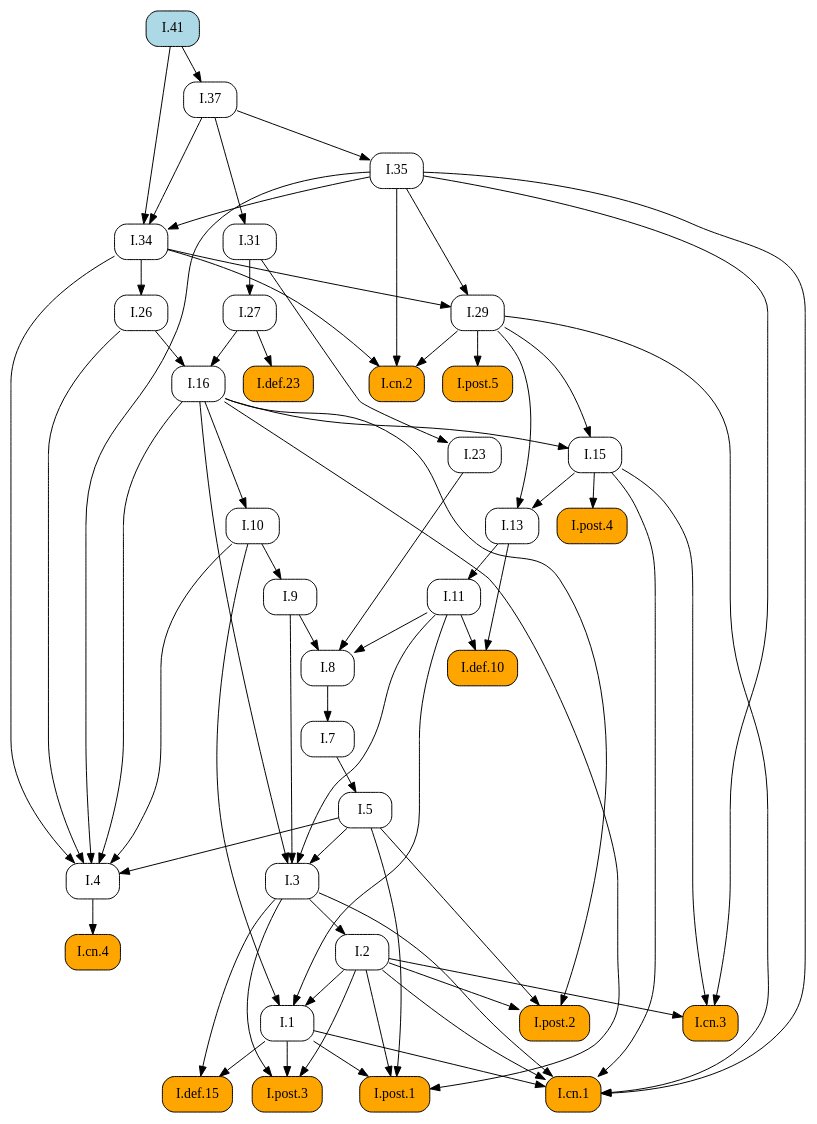
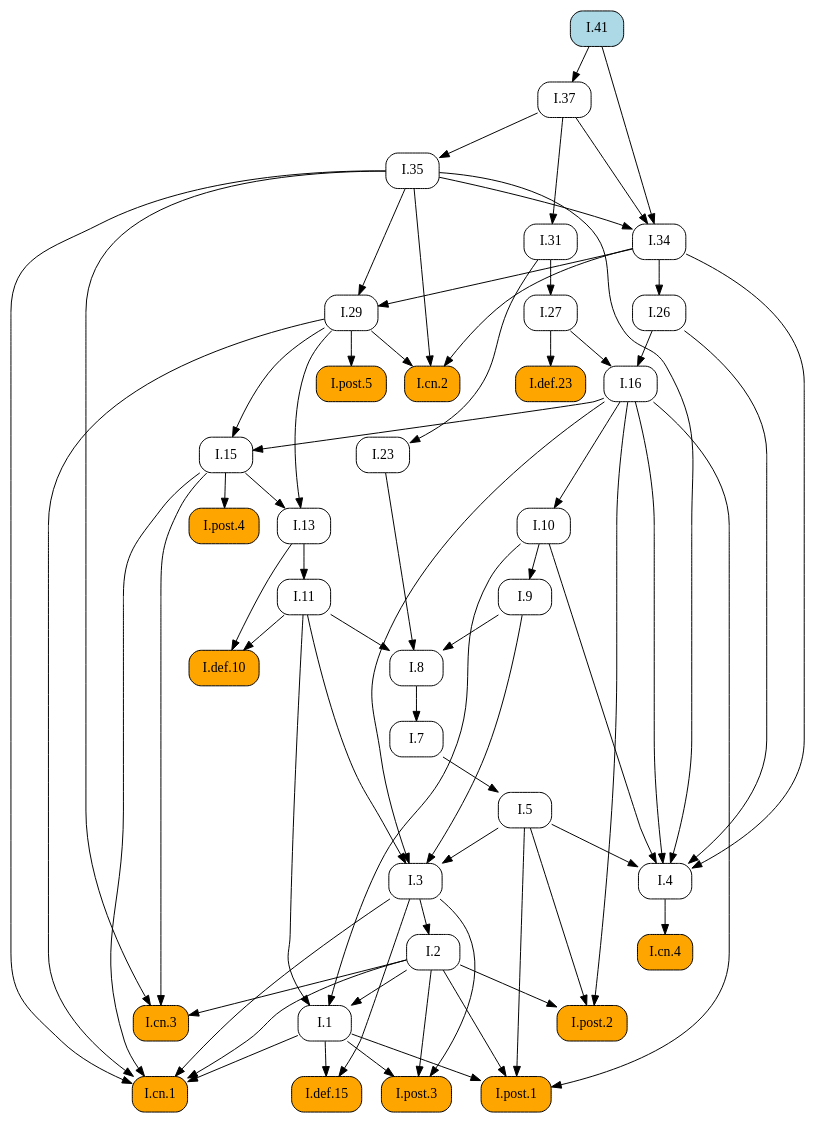
One commit to geometor/elements changed the diagram in docsrc/heath/I/41/index.rst. Above: the diagram before and after it, drawn with Graphviz. The commit also changed other lines of this file and 484 other files, not shown here.

```diff
--- a/docsrc/heath/I/41/index.rst
+++ b/docsrc/heath/I/41/index.rst
@@ -43,75 +43,55 @@
    digraph {
      rankdir="TB";
      node [shape=box, style=rounded];
-     "I.def.10" [style="rounded,filled", fillcolor=orange, URL="/heath/I/def.10/", target="_top"];
-     "I.11" [URL="/heath/I/11/", target="_top"];
-     "I.post.4" [style="rounded,filled", fillcolor=orange, URL="/heath/I/post.4/", target="_top"];
-     "I.1" [URL="/heath/I/1/", target="_top"];
-     "I.26" [URL="/heath/I/26/", target="_top"];
-     "I.29" [URL="/heath/I/29/", target="_top"];
-     "I.cn.2" [style="rounded,filled", fillcolor=orange, URL="/heath/I/cn.2/", target="_top"];
+     "I.23" [URL="/heath/I/23/", target="_top"];
+     "I.9" [URL="/heath/I/9/", target="_top"];
      "I.def.15" [style="rounded,filled", fillcolor=orange, URL="/heath/I/def.15/", target="_top"];
      "I.post.3" [style="rounded,filled", fillcolor=orange, URL="/heath/I/post.3/", target="_top"];
-     "I.cn.1" [style="rounded,filled", fillcolor=orange, URL="/heath/I/cn.1/", target="_top"];
-     "I.cn.3" [style="rounded,filled", fillcolor=orange, URL="/heath/I/cn.3/", target="_top"];
-     "I.23" [URL="/heath/I/23/", target="_top"];
      "I.post.1" [style="rounded,filled", fillcolor=orange, URL="/heath/I/post.1/", target="_top"];
-     "I.35" [URL="/heath/I/35/", target="_top"];
-     "I.41" [style="rounded,filled", fillcolor=lightblue, URL="/heath/I/41/", target="_top"];
+     "I.31" [URL="/heath/I/31/", target="_top"];
+     "I.def.10" [style="rounded,filled", fillcolor=orange, URL="/heath/I/def.10/", target="_top"];
      "I.27" [URL="/heath/I/27/", target="_top"];
-     "I.37" [URL="/heath/I/37/", target="_top"];
      "I.34" [URL="/heath/I/34/", target="_top"];
      "I.3" [URL="/heath/I/3/", target="_top"];
+     "I.35" [URL="/heath/I/35/", target="_top"];
+     "I.cn.1" [style="rounded,filled", fillcolor=orange, URL="/heath/I/cn.1/", target="_top"];
      "I.7" [URL="/heath/I/7/", target="_top"];
      "I.2" [URL="/heath/I/2/", target="_top"];
+     "I.13" [URL="/heath/I/13/", target="_top"];
+     "I.post.4" [style="rounded,filled", fillcolor=orange, URL="/heath/I/post.4/", target="_top"];
      "I.4" [URL="/heath/I/4/", target="_top"];
+     "I.1" [URL="/heath/I/1/", target="_top"];
+     "I.5" [URL="/heath/I/5/", target="_top"];
+     "I.37" [URL="/heath/I/37/", target="_top"];
+     "I.8" [URL="/heath/I/8/", target="_top"];
+     "I.cn.3" [style="rounded,filled", fillcolor=orange, URL="/heath/I/cn.3/", target="_top"];
+     "I.29" [URL="/heath/I/29/", target="_top"];
+     "I.16" [URL="/heath/I/16/", target="_top"];
+     "I.15" [URL="/heath/I/15/", target="_top"];
+     "I.10" [URL="/heath/I/10/", target="_top"];
+     "I.11" [URL="/heath/I/11/", target="_top"];
      "I.def.23" [style="rounded,filled", fillcolor=orange, URL="/heath/I/def.23/", target="_top"];
-     "I.13" [URL="/heath/I/13/", target="_top"];
-     "I.31" [URL="/heath/I/31/", target="_top"];
+     "I.cn.2" [style="rounded,filled", fillcolor=orange, URL="/heath/I/cn.2/", target="_top"];
+     "I.post.5" [style="rounded,filled", fillcolor=orange, URL="/heath/I/post.5/", target="_top"];
+     "I.cn.4" [style="rounded,filled", fillcolor=orange, URL="/heath/I/cn.4/", target="_top"];
      "I.post.2" [style="rounded,filled", fillcolor=orange, URL="/heath/I/post.2/", target="_top"];
-     "I.16" [URL="/heath/I/16/", target="_top"];
-     "I.9" [URL="/heath/I/9/", target="_top"];
-     "I.8" [URL="/heath/I/8/", target="_top"];
-     "I.cn.4" [style="rounded,filled", fillcolor=orange, URL="/heath/I/cn.4/", target="_top"];
-     "I.15" [URL="/heath/I/15/", target="_top"];
-     "I.post.5" [style="rounded,filled", fillcolor=orange, URL="/heath/I/post.5/", target="_top"];
-     "I.10" [URL="/heath/I/10/", target="_top"];
-     "I.5" [URL="/heath/I/5/", target="_top"];
-     "I.11" -> "I.def.10";
-     "I.13" -> "I.def.10";
-     "I.13" -> "I.11";
-     "I.15" -> "I.post.4";
-     "I.2" -> "I.1";
-     "I.10" -> "I.1";
-     "I.11" -> "I.1";
-     "I.34" -> "I.26";
-     "I.34" -> "I.29";
-     "I.35" -> "I.29";
-     "I.29" -> "I.cn.2";
-     "I.34" -> "I.cn.2";
-     "I.35" -> "I.cn.2";
+     "I.41" [style="rounded,filled", fillcolor=lightblue, URL="/heath/I/41/", target="_top"];
+     "I.26" [URL="/heath/I/26/", target="_top"];
+     "I.31" -> "I.23";
+     "I.10" -> "I.9";
      "I.1" -> "I.def.15";
      "I.3" -> "I.def.15";
      "I.1" -> "I.post.3";
      "I.2" -> "I.post.3";
      "I.3" -> "I.post.3";
-     "I.1" -> "I.cn.1";
-     "I.2" -> "I.cn.1";
-     "I.3" -> "I.cn.1";
-     "I.15" -> "I.cn.1";
-     "I.29" -> "I.cn.1";
-     "I.35" -> "I.cn.1";
-     "I.2" -> "I.cn.3";
-     "I.15" -> "I.cn.3";
-     "I.35" -> "I.cn.3";
-     "I.31" -> "I.23";
      "I.1" -> "I.post.1";
      "I.2" -> "I.post.1";
      "I.5" -> "I.post.1";
      "I.16" -> "I.post.1";
-     "I.37" -> "I.35";
+     "I.37" -> "I.31";
+     "I.11" -> "I.def.10";
+     "I.13" -> "I.def.10";
      "I.31" -> "I.27";
-     "I.41" -> "I.37";
      "I.35" -> "I.34";
      "I.37" -> "I.34";
      "I.41" -> "I.34";
@@ -119,31 +99,51 @@
      "I.9" -> "I.3";
      "I.11" -> "I.3";
      "I.16" -> "I.3";
+     "I.37" -> "I.35";
+     "I.1" -> "I.cn.1";
+     "I.2" -> "I.cn.1";
+     "I.3" -> "I.cn.1";
+     "I.15" -> "I.cn.1";
+     "I.29" -> "I.cn.1";
+     "I.35" -> "I.cn.1";
      "I.8" -> "I.7";
      "I.3" -> "I.2";
+     "I.15" -> "I.13";
+     "I.29" -> "I.13";
+     "I.15" -> "I.post.4";
      "I.5" -> "I.4";
      "I.10" -> "I.4";
      "I.16" -> "I.4";
      "I.26" -> "I.4";
      "I.34" -> "I.4";
      "I.35" -> "I.4";
+     "I.2" -> "I.1";
+     "I.10" -> "I.1";
+     "I.11" -> "I.1";
+     "I.7" -> "I.5";
+     "I.41" -> "I.37";
+     "I.9" -> "I.8";
+     "I.11" -> "I.8";
+     "I.23" -> "I.8";
+     "I.2" -> "I.cn.3";
+     "I.15" -> "I.cn.3";
+     "I.35" -> "I.cn.3";
+     "I.34" -> "I.29";
+     "I.35" -> "I.29";
+     "I.26" -> "I.16";
+     "I.27" -> "I.16";
+     "I.16" -> "I.15";
+     "I.29" -> "I.15";
+     "I.16" -> "I.10";
+     "I.13" -> "I.11";
      "I.27" -> "I.def.23";
-     "I.15" -> "I.13";
-     "I.29" -> "I.13";
-     "I.37" -> "I.31";
+     "I.29" -> "I.cn.2";
+     "I.34" -> "I.cn.2";
+     "I.35" -> "I.cn.2";
+     "I.29" -> "I.post.5";
+     "I.4" -> "I.cn.4";
      "I.2" -> "I.post.2";
      "I.5" -> "I.post.2";
      "I.16" -> "I.post.2";
-     "I.26" -> "I.16";
-     "I.27" -> "I.16";
-     "I.10" -> "I.9";
-     "I.9" -> "I.8";
-     "I.11" -> "I.8";
-     "I.23" -> "I.8";
-     "I.4" -> "I.cn.4";
-     "I.16" -> "I.15";
-     "I.29" -> "I.15";
-     "I.29" -> "I.post.5";
-     "I.16" -> "I.10";
-     "I.7" -> "I.5";
+     "I.34" -> "I.26";
    }
```
